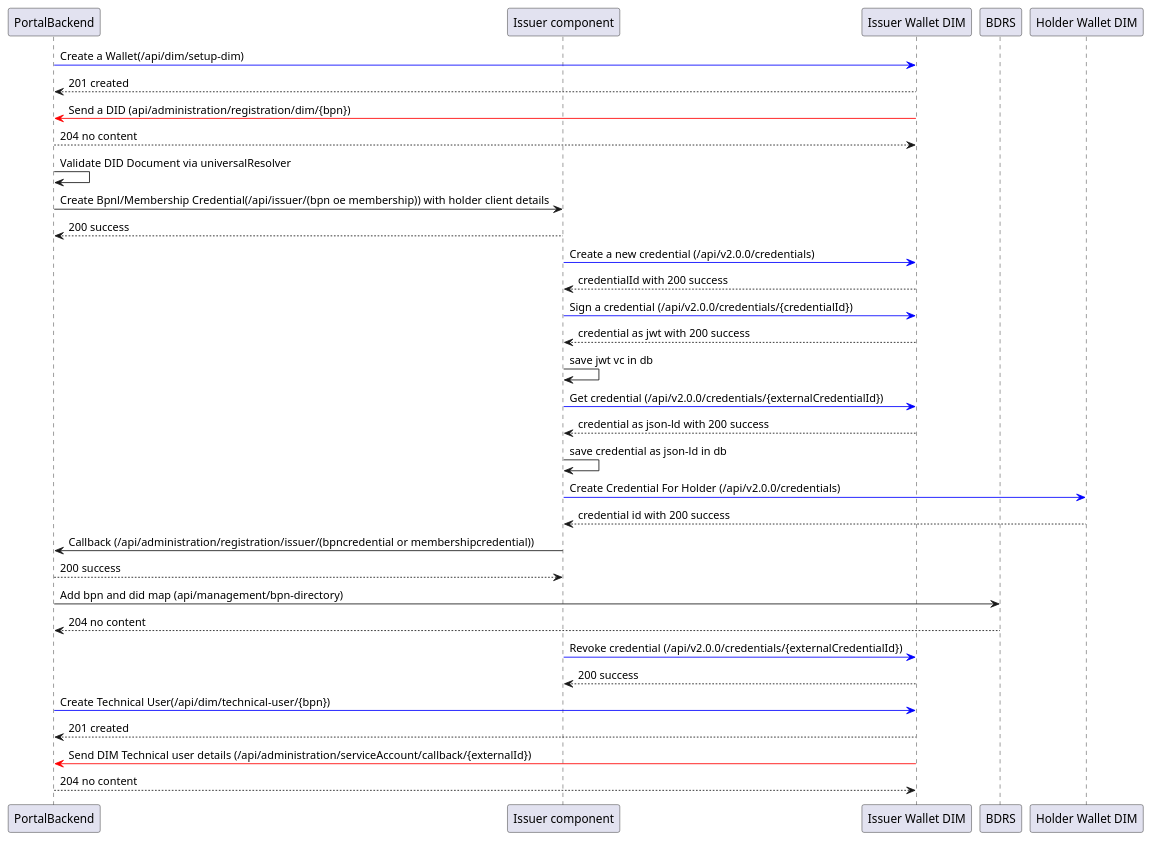
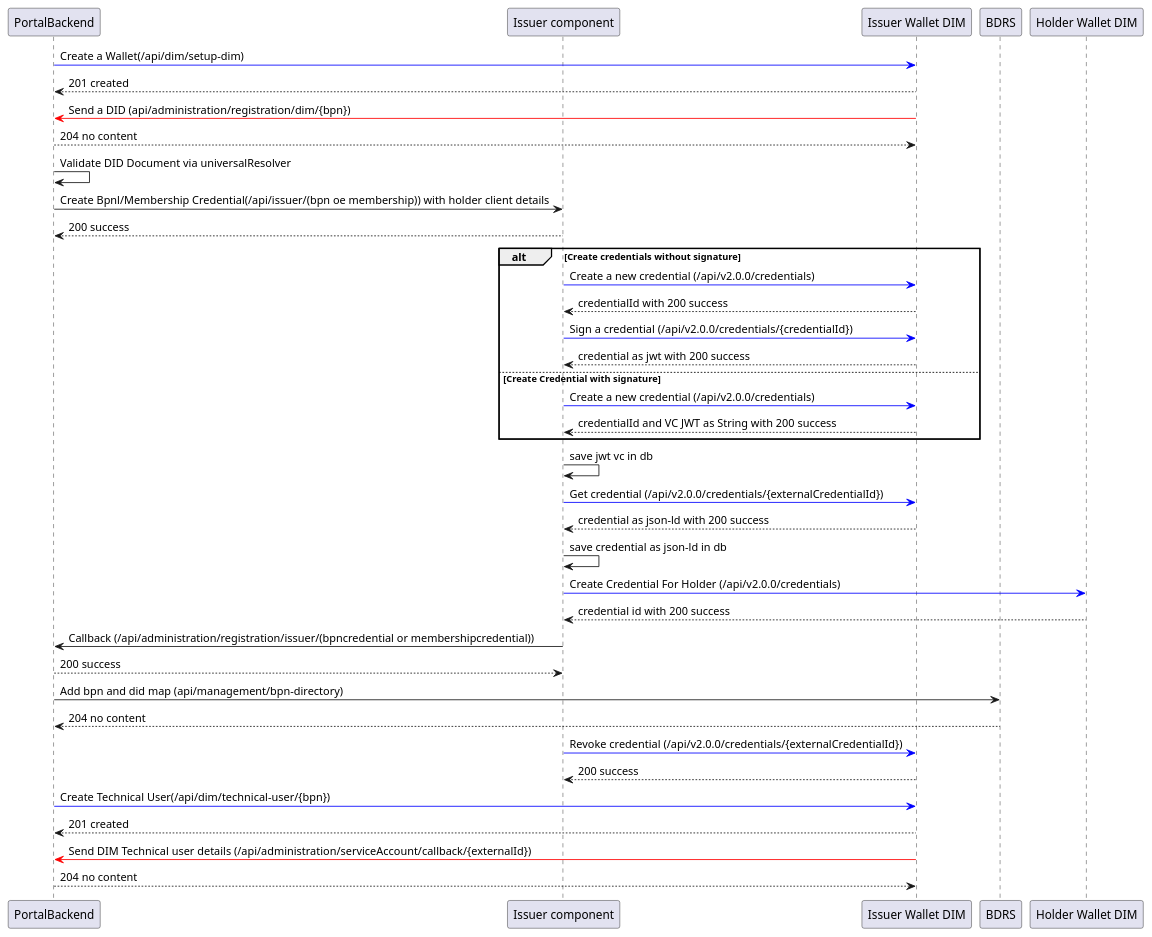
One commit to eclipse-tractusx/ssi-dim-wallet-stub changed the fourth of 11 diagrams in docs/architecture/main.md. Above: the diagram before and after it, drawn with PlantUML. The commit also changed other lines of this file and 1 other file, not shown here.

Commit message:
docs: document changes as per new flow

````diff
--- a/docs/architecture/main.md
+++ b/docs/architecture/main.md
@@ -942,49 +990,53 @@
   ```plantuml
 @startuml
 participant PortalBackend
 participant Issuer as "Issuer component"
 participant DIM as "Issuer Wallet DIM"
 participant BDRS
 participant HW as "Holder Wallet DIM"
 
 PortalBackend -[#blue]> DIM: Create a Wallet(/api/dim/setup-dim)
 PortalBackend <-- DIM: 201 created
 DIM -[#red]> PortalBackend: Send a DID (api/administration/registration/dim/{bpn})
 DIM <-- PortalBackend: 204 no content
 
 PortalBackend -> PortalBackend: Validate DID Document via universalResolver
 
 PortalBackend -> Issuer: Create Bpnl/Membership Credential(/api/issuer/(bpn oe membership)) with holder client details
 PortalBackend <-- Issuer: 200 success
+  alt Create credentials without signature
+        Issuer -[#blue]> DIM: Create a new credential (/api/v2.0.0/credentials)
+        Issuer <-- DIM: credentialId with 200 success
 
-Issuer -[#blue]> DIM: Create a new credential (/api/v2.0.0/credentials)
-Issuer <-- DIM: credentialId with 200 success
+        Issuer -[#blue]> DIM: Sign a credential (/api/v2.0.0/credentials/{credentialId})
+        Issuer <-- DIM: credential as jwt with 200 success
+  else Create Credential with signature
+        Issuer -[#blue]> DIM: Create a new credential (/api/v2.0.0/credentials)
+        Issuer <-- DIM: credentialId and VC JWT as String with 200 success
+  end
+        Issuer -> Issuer: save jwt vc in db
 
-Issuer -[#blue]> DIM: Sign a credential (/api/v2.0.0/credentials/{credentialId})
-Issuer <-- DIM: credential as jwt with 200 success
-Issuer -> Issuer: save jwt vc in db
+        Issuer -[#blue]> DIM: Get credential (/api/v2.0.0/credentials/{externalCredentialId})
+        Issuer <-- DIM: credential as json-ld with 200 success
+        Issuer -> Issuer: save credential as json-ld in db
 
-Issuer -[#blue]> DIM: Get credential (/api/v2.0.0/credentials/{externalCredentialId})
-Issuer <-- DIM: credential as json-ld with 200 success
-Issuer -> Issuer: save credential as json-ld in db
+        Issuer -[#blue]> HW: Create Credential For Holder (/api/v2.0.0/credentials)
+        Issuer <-- HW: credential id with 200 success
 
-Issuer -[#blue]> HW: Create Credential For Holder (/api/v2.0.0/credentials)
-Issuer <-- HW: credential id with 200 success
-
-Issuer -> PortalBackend: Callback (/api/administration/registration/issuer/(bpncredential or membershipcredential))
-Issuer <-- PortalBackend: 200 success
+        Issuer -> PortalBackend: Callback (/api/administration/registration/issuer/(bpncredential or membershipcredential))
+        Issuer <-- PortalBackend: 200 success
 
 PortalBackend -> BDRS: Add bpn and did map (api/management/bpn-directory)
 PortalBackend <-- BDRS: 204 no content
 
 Issuer -[#blue]> DIM: Revoke credential (/api/v2.0.0/credentials/{externalCredentialId})
 Issuer <-- DIM: 200 success
 
 PortalBackend -[#blue]> DIM: Create Technical User(/api/dim/technical-user/{bpn})
 PortalBackend <-- DIM: 201 created
 DIM -[#red]> PortalBackend: Send DIM Technical user details (/api/administration/serviceAccount/callback/{externalId})
 DIM <-- PortalBackend: 204 no content
 
 @enduml
 
 ```
````
